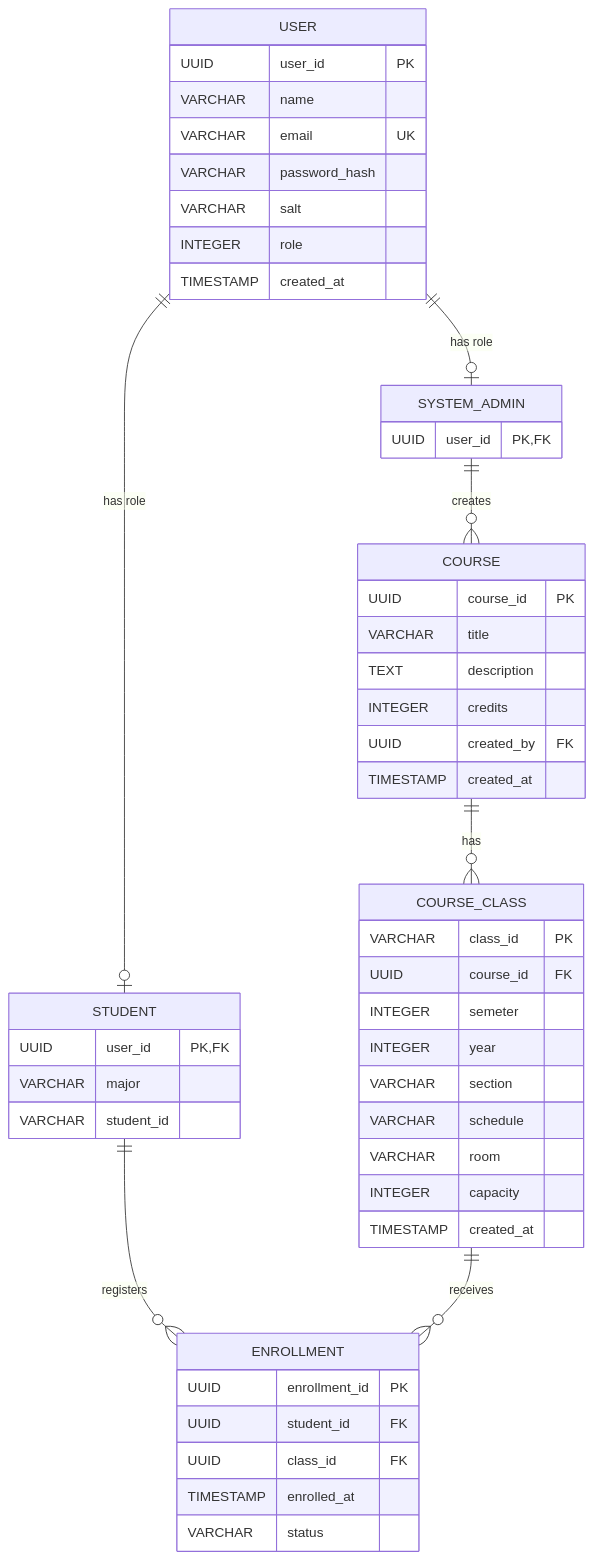
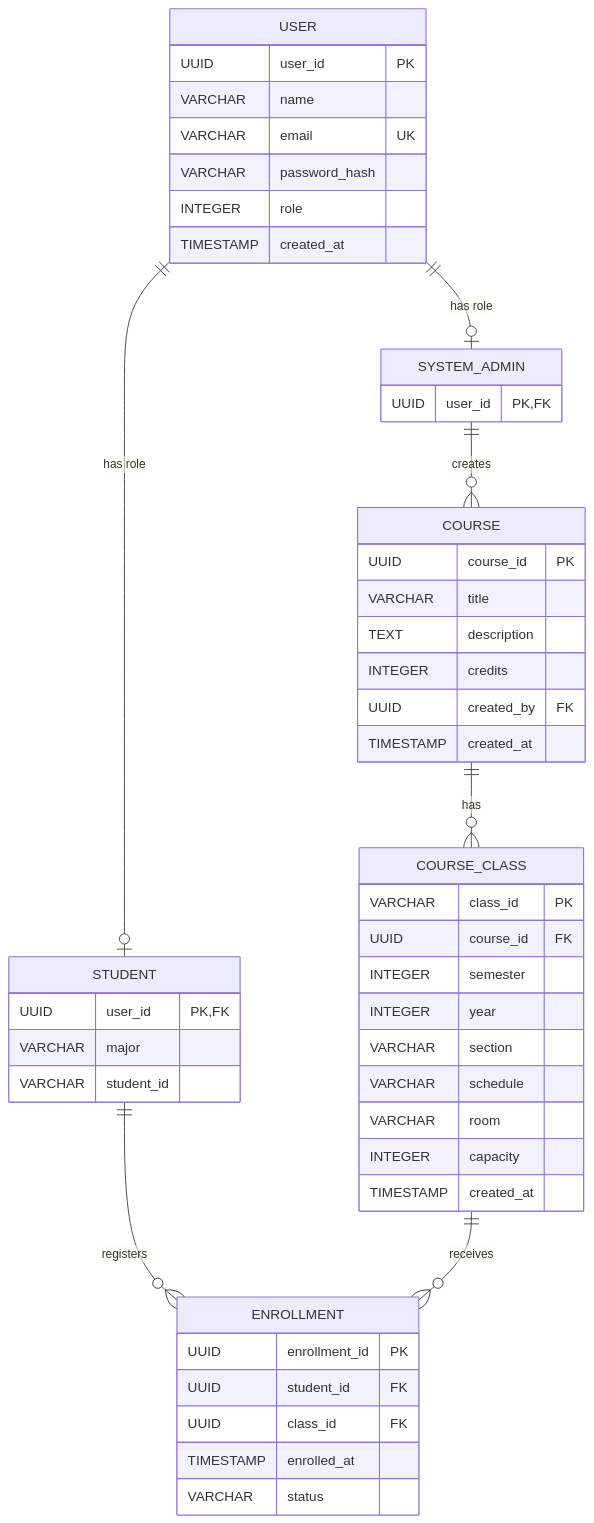
Before and after one commit to cnf166/course-registration-system: the diagram in docs/db_schema.md, drawn with Mermaid. The commit also changed 7 other files, not shown here.

First line of the commit message:
feat: implement JPA entities from ERD

````diff
--- a/docs/db_schema.md
+++ b/docs/db_schema.md
@@ -3,60 +3,59 @@
 ```mermaid
 erDiagram
     USER ||--o| SYSTEM_ADMIN : "has role"
     USER ||--o| STUDENT : "has role"
 
     SYSTEM_ADMIN ||--o{ COURSE : creates
     COURSE ||--o{ COURSE_CLASS : has
 
     STUDENT ||--o{ ENROLLMENT : registers
     COURSE_CLASS ||--o{ ENROLLMENT : receives
 
     USER {
         UUID user_id PK
         VARCHAR name
         VARCHAR email UK
         VARCHAR password_hash
-        VARCHAR salt
         INTEGER role
         TIMESTAMP created_at
     }
 
     SYSTEM_ADMIN {
         UUID user_id PK, FK
     }
 
     STUDENT {
         UUID user_id PK, FK
         VARCHAR major
         VARCHAR student_id
     }
 
     COURSE {
         UUID course_id PK
         VARCHAR title
         TEXT description
         INTEGER credits
         UUID created_by FK
         TIMESTAMP created_at
     }
 
     COURSE_CLASS {
         VARCHAR class_id PK
         UUID course_id FK
-        INTEGER semeter
+        INTEGER semester
         INTEGER year
         VARCHAR section
         VARCHAR schedule
         VARCHAR room
         INTEGER capacity
         TIMESTAMP created_at
     }
 
     ENROLLMENT {
         UUID enrollment_id PK
         UUID student_id FK
         UUID class_id FK
         TIMESTAMP enrolled_at
         VARCHAR status
     }
 ```
````
